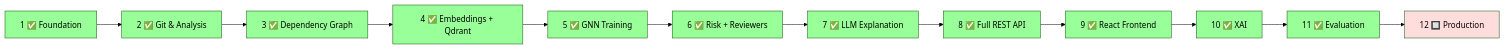
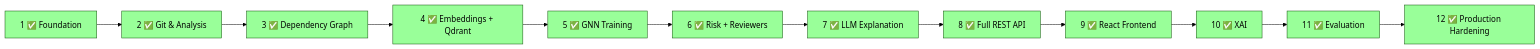
One commit to berkayvuranok/ImpactAI changed diagram 16 of 16 in README.md. Above: the diagram before and after it, drawn with Mermaid (forest theme). The commit also changed 18 other files, not shown here.

````diff
--- a/README.md
+++ b/README.md
@@ -472,30 +472,30 @@
 ```mermaid
 flowchart LR
     S1["1 ✅ Foundation"]
     S2["2 ✅ Git & Analysis"]
     S3["3 ✅ Dependency Graph"]
     S4["4 ✅ Embeddings + Qdrant"]
     S5["5 ✅ GNN Training"]
     S6["6 ✅ Risk + Reviewers"]
     S7["7 ✅ LLM Explanation"]
     S8["8 ✅ Full REST API"]
     S9["9 ✅ React Frontend"]
     S10["10 ✅ XAI"]
     S11["11 ✅ Evaluation"]
-    S12["12 🔲 Production"]
+    S12["12 ✅ Production Hardening"]
 
     S1 --> S2 --> S3 --> S4 --> S5 --> S6 --> S7 --> S8 --> S9 --> S10 --> S11 --> S12
 
     style S1 fill:#9f9
     style S2 fill:#9f9
     style S3 fill:#9f9
     style S4 fill:#9f9
     style S5 fill:#9f9
     style S6 fill:#9f9
     style S7 fill:#9f9
     style S8 fill:#9f9
     style S9 fill:#9f9
     style S10 fill:#9f9
     style S11 fill:#9f9
-    style S12 fill:#fdd
+    style S12 fill:#9f9
 ```
````
